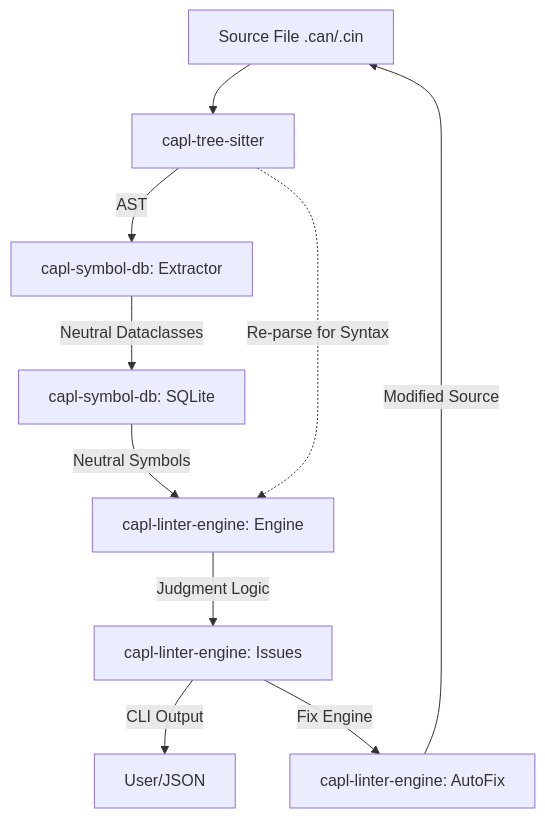
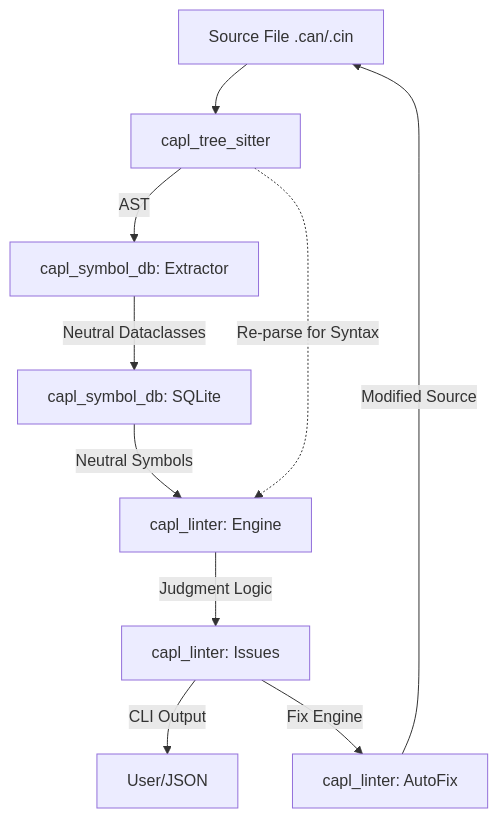
The diagram in ARCHITECTURE.md (MohamedHamed19m/CAPL_Linter), drawn with Mermaid before and after one commit. The commit also changed other lines of this file and 5 other files, not shown here.

Commit message:
docs: update all documentation to reflect single-package architecture and new project name capllint

````diff
--- a/ARCHITECTURE.md
+++ b/ARCHITECTURE.md
@@ -9,12 +9,12 @@
 ```mermaid
 graph TD
-    A[Source File .can/.cin] --> B[capl-tree-sitter]
-    B -->|AST| C[capl-symbol-db: Extractor]
-    C -->|Neutral Dataclasses| D[capl-symbol-db: SQLite]
-    D -->|Neutral Symbols| E[capl-linter-engine: Engine]
-    E -->|Judgment Logic| F[capl-linter-engine: Issues]
+    A[Source File .can/.cin] --> B[capl_tree_sitter]
+    B -->|AST| C[capl_symbol_db: Extractor]
+    C -->|Neutral Dataclasses| D[capl_symbol_db: SQLite]
+    D -->|Neutral Symbols| E[capl_linter: Engine]
+    E -->|Judgment Logic| F[capl_linter: Issues]
     B -.->|Re-parse for Syntax| E
     F -->|CLI Output| G[User/JSON]
-    F -->|Fix Engine| H[capl-linter-engine: AutoFix]
+    F -->|Fix Engine| H[capl_linter: AutoFix]
     H -->|Modified Source| A
 ```
````
